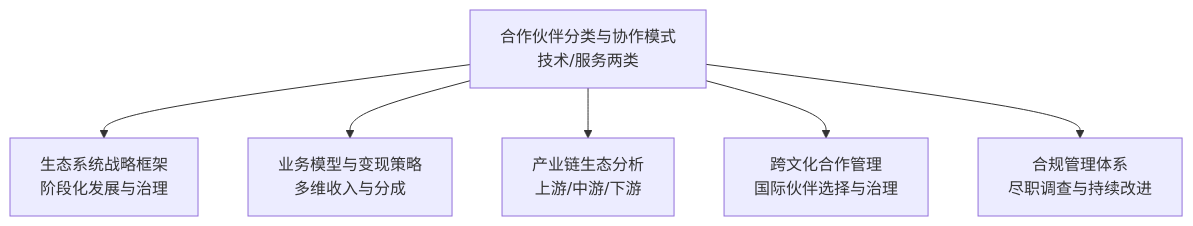
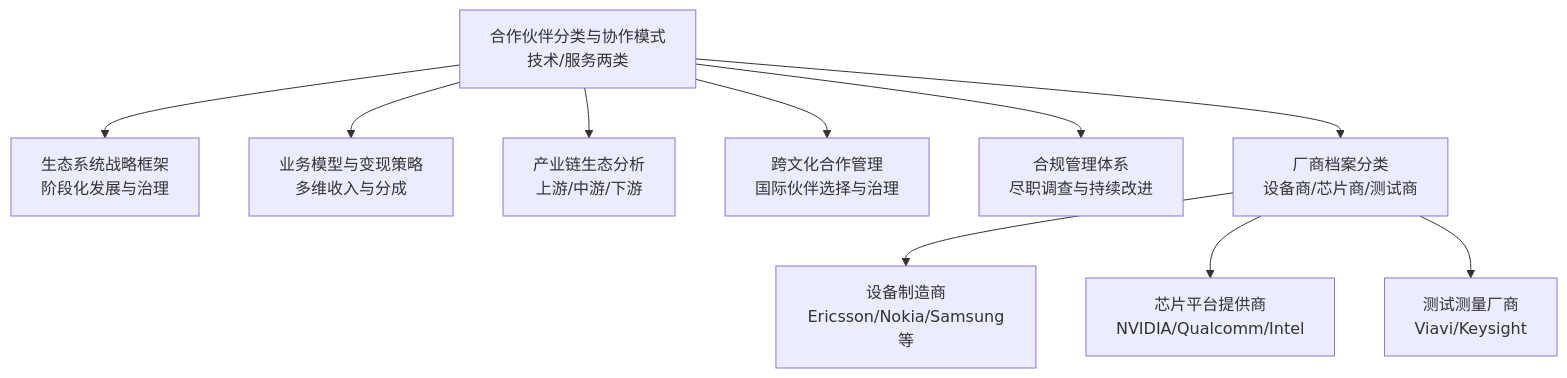
Before and after one commit to allengaller/oran-database: the first of 7 diagrams in .qoder/repowiki/zh/content/生态合作/合作伙伴分类.md, drawn with Mermaid. The commit also changed other lines of this file and 372 other files, not shown here.

````diff
--- a/.qoder/repowiki/zh/content/生态合作/合作伙伴分类.md
+++ b/.qoder/repowiki/zh/content/生态合作/合作伙伴分类.md
@@ -32,8 +50,12 @@
 ```mermaid
 graph TB
 A["合作伙伴分类与协作模式<br/>技术/服务两类"] --> B["生态系统战略框架<br/>阶段化发展与治理"]
 A --> C["业务模型与变现策略<br/>多维收入与分成"]
 A --> D["产业链生态分析<br/>上游/中游/下游"]
 A --> E["跨文化合作管理<br/>国际伙伴选择与治理"]
 A --> F["合规管理体系<br/>尽职调查与持续改进"]
+A --> G["厂商档案分类<br/>设备商/芯片商/测试商"]
+G --> H["设备制造商<br/>Ericsson/Nokia/Samsung等"]
+G --> I["芯片平台提供商<br/>NVIDIA/Qualcomm/Intel"]
+G --> J["测试测量厂商<br/>Viavi/Keysight"]
 ```
````
